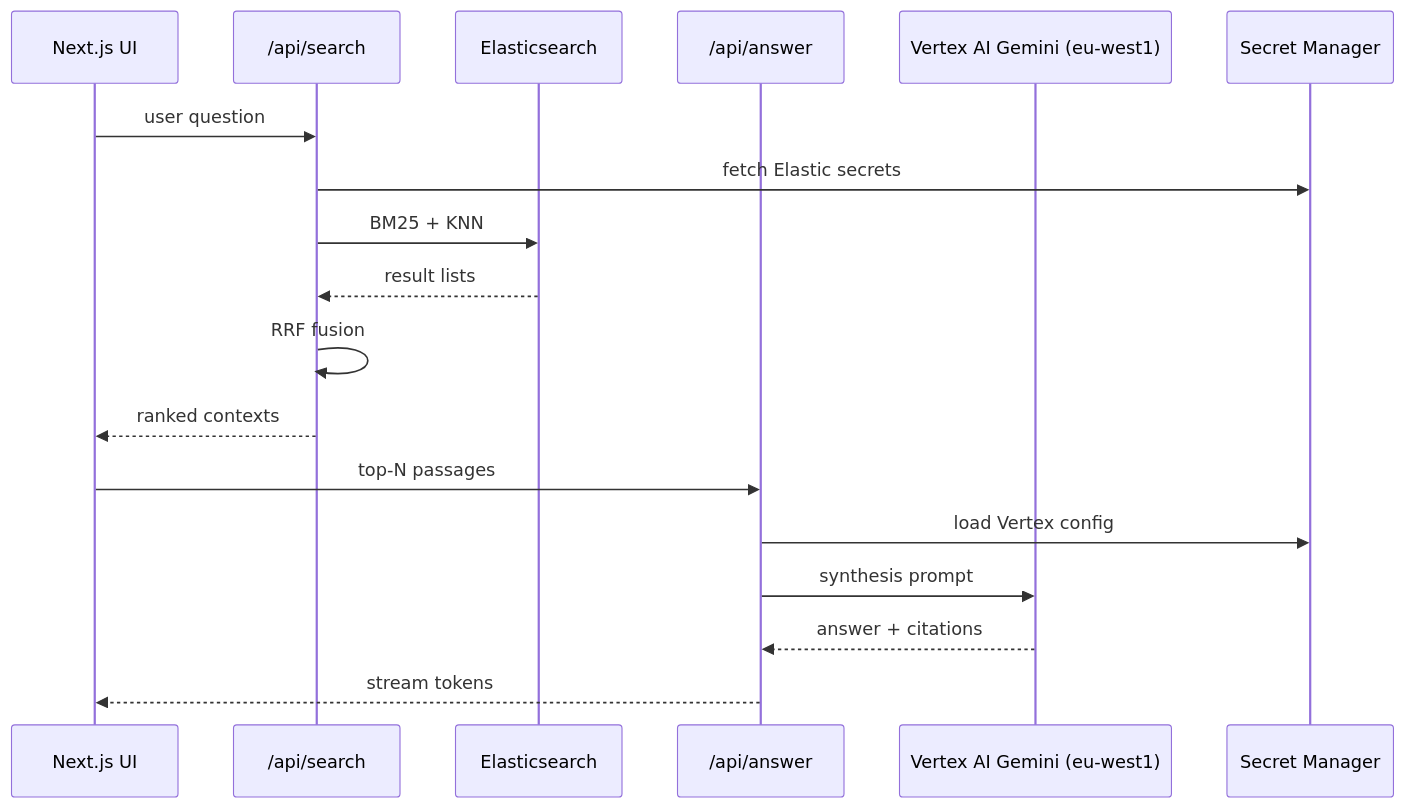
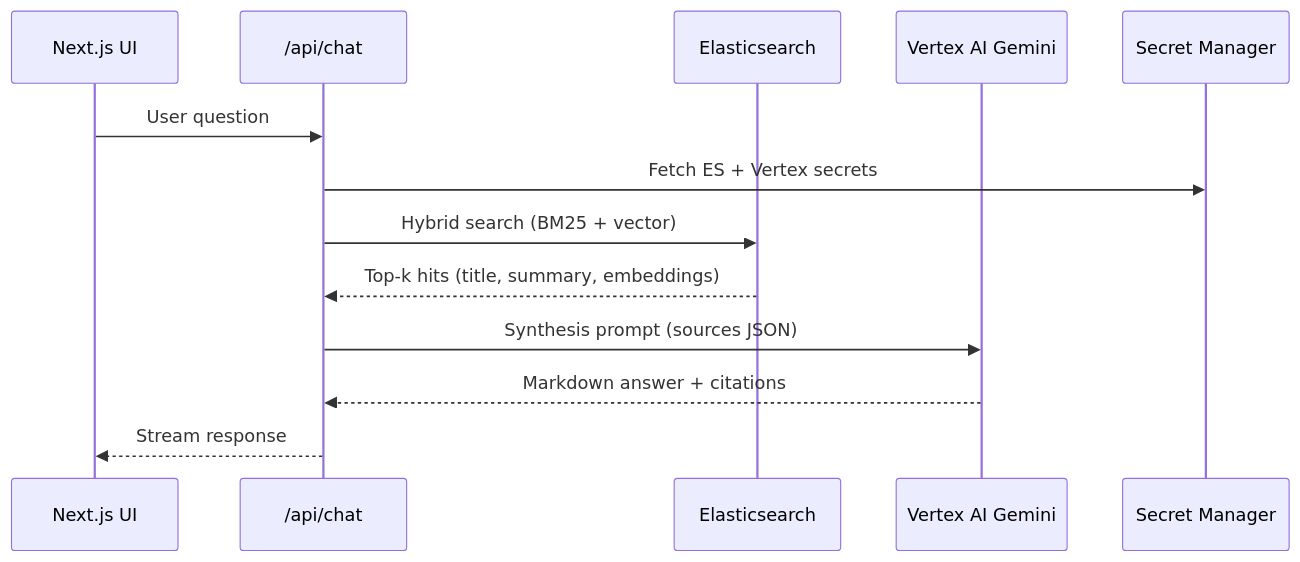
The second of 2 diagrams in README.md (pixjobs/mindsieve), drawn with Mermaid before and after one commit. The commit also changed other lines of this file and 10 other files, not shown here.

````diff
--- a/README.md
+++ b/README.md
@@ -65,21 +66,16 @@
-```mermaid
+``` mermaid
 sequenceDiagram
   participant UI as Next.js UI
-  participant Search as /api/search
+  participant Chat as /api/chat
   participant ES as Elasticsearch
-  participant Answer as /api/answer
-  participant Gemini as Vertex AI Gemini (eu-west1)
+  participant Gemini as Vertex AI Gemini
   participant SM as Secret Manager
 
-  UI->>Search: user question
-  Search->>SM: fetch Elastic secrets
-  Search->>ES: BM25 + KNN
-  ES-->>Search: result lists
-  Search->>Search: RRF fusion
-  Search-->>UI: ranked contexts
-  UI->>Answer: top-N passages
-  Answer->>SM: load Vertex config
-  Answer->>Gemini: synthesis prompt
-  Gemini-->>Answer: answer + citations
-  Answer-->>UI: stream tokens
+  UI->>Chat: User question
+  Chat->>SM: Fetch ES + Vertex secrets
+  Chat->>ES: Hybrid search (BM25 + vector)
+  ES-->>Chat: Top‑k hits (title, summary, embeddings)
+  Chat->>Gemini: Synthesis prompt (sources JSON)
+  Gemini-->>Chat: Markdown answer + citations
+  Chat-->>UI: Stream response
 ```
````
